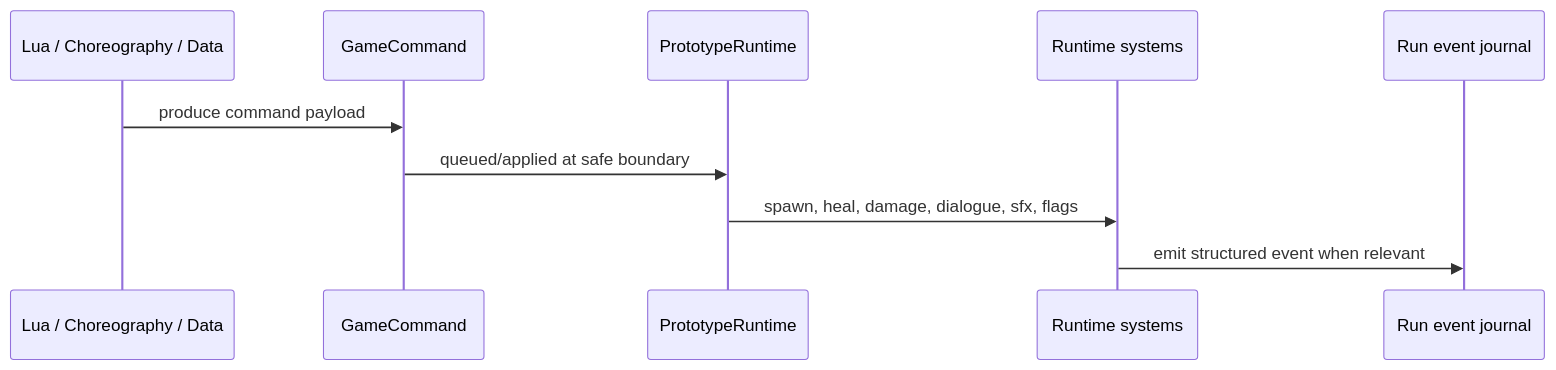
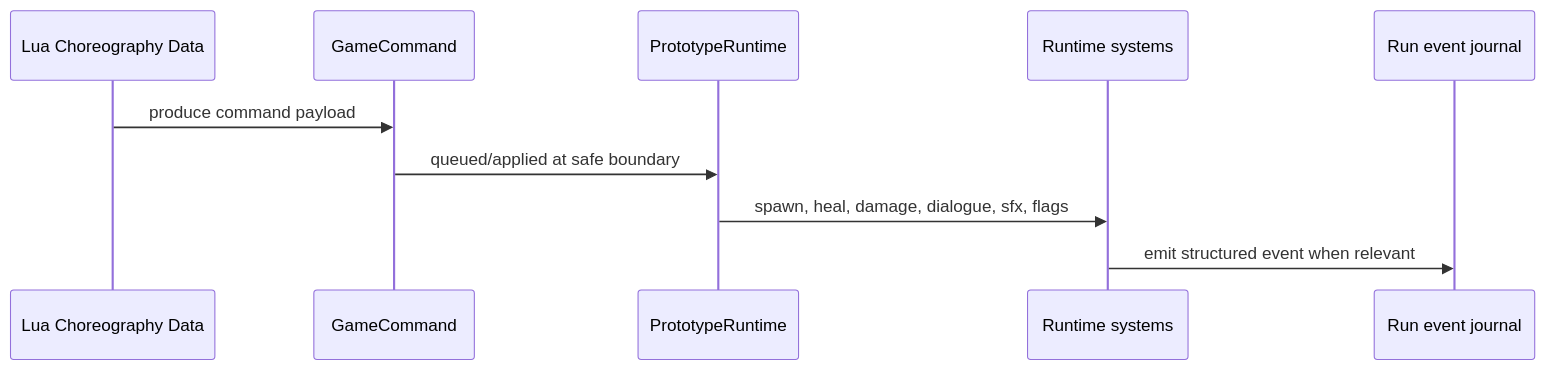
Before and after one commit to soulwax/EchoWiki: the second of 4 diagrams in src/content/docs/pages/architecture/commands-and-events.md, drawn with Mermaid. The commit also changed 28 other files, not shown here.

Commit message:
docs: deepen architecture wiki and automate audits

````diff
--- a/src/content/docs/pages/architecture/commands-and-events.md
+++ b/src/content/docs/pages/architecture/commands-and-events.md
@@ -49,13 +49,13 @@
 ```mermaid
 sequenceDiagram
-    participant Source as Lua / Choreography / Data
+    participant Source as Lua Choreography Data
     participant Command as GameCommand
     participant Runtime as PrototypeRuntime
     participant Systems as Runtime systems
     participant Journal as Run event journal
 
     Source->>Command: produce command payload
     Command->>Runtime: queued/applied at safe boundary
     Runtime->>Systems: spawn, heal, damage, dialogue, sfx, flags
     Systems->>Journal: emit structured event when relevant
 ```
````
